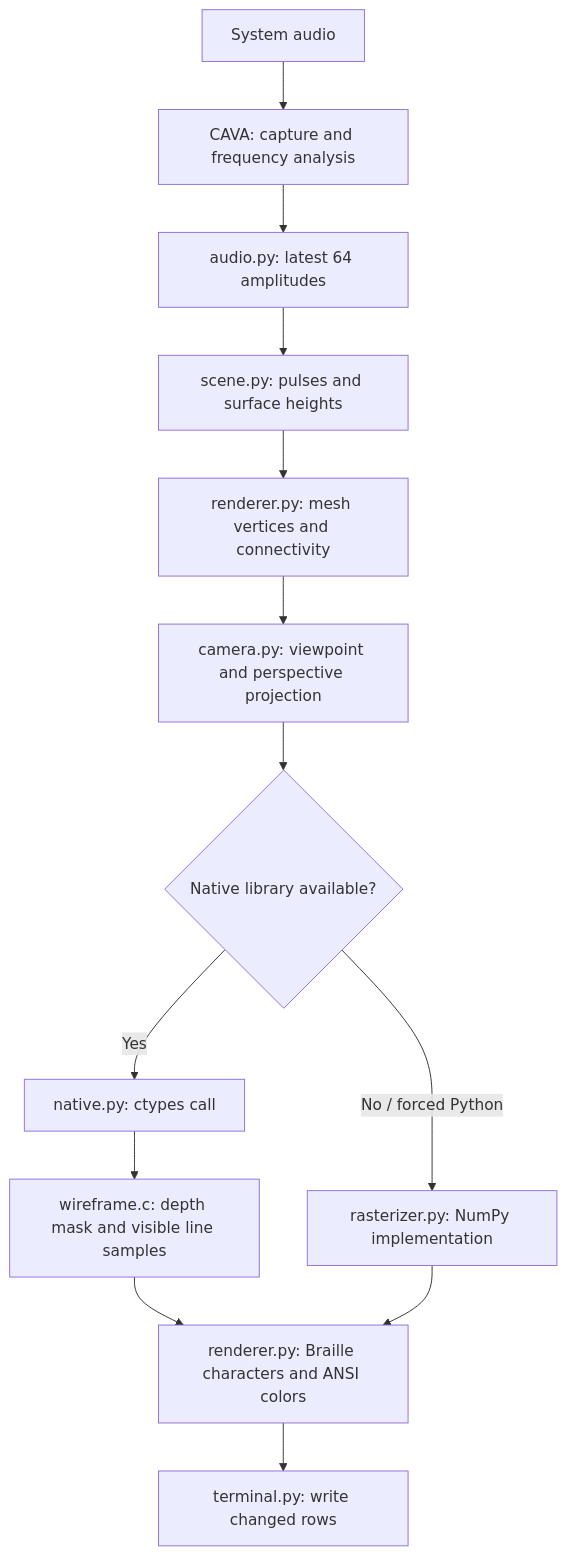
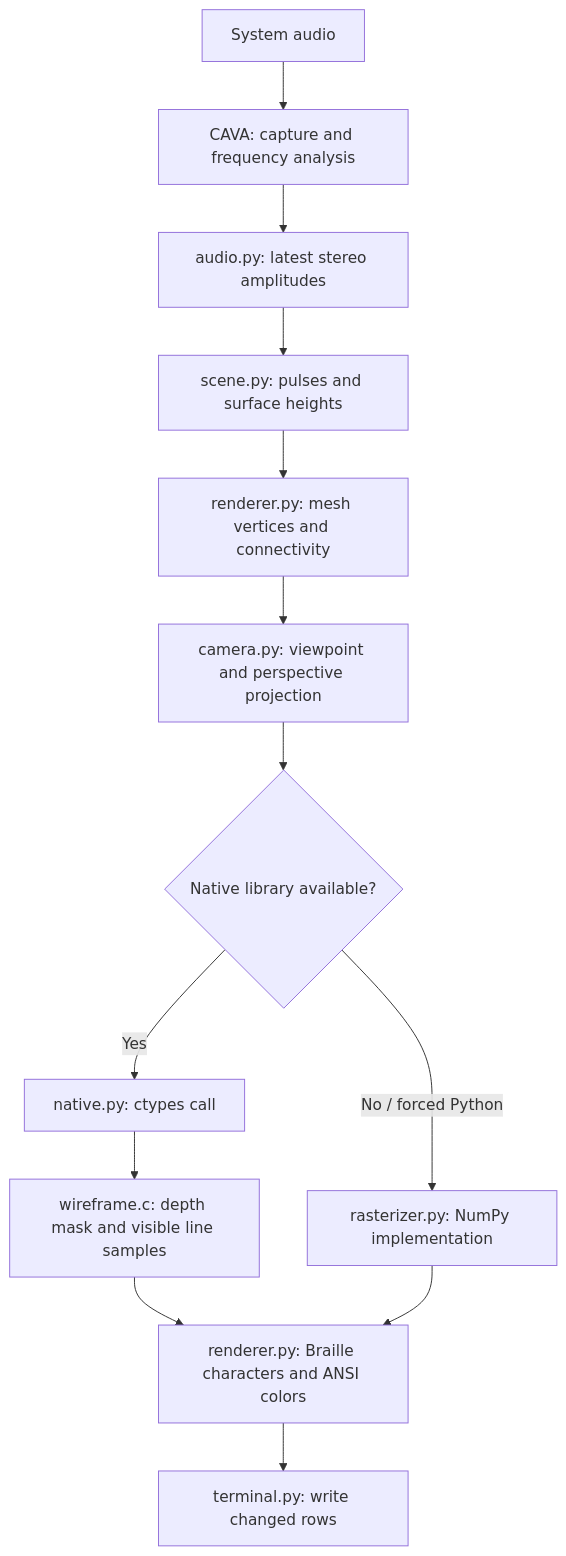
One commit to tjcanro/pulse-tui changed the diagram in docs/architecture.md. Above: the diagram before and after it, drawn with Mermaid. The commit also changed other lines of this file and 69 other files, not shown here.

````diff
--- a/docs/architecture.md
+++ b/docs/architecture.md
@@ -10,15 +10,15 @@
 ```mermaid
 flowchart TD
     Audio[System audio] --> CAVA[CAVA: capture and frequency analysis]
-    CAVA --> Reader[audio.py: latest 64 amplitudes]
+    CAVA --> Reader[audio.py: latest stereo amplitudes]
     Reader --> Scene[scene.py: pulses and surface heights]
     Scene --> Renderer[renderer.py: mesh vertices and connectivity]
     Renderer --> Camera[camera.py: viewpoint and perspective projection]
     Camera --> Choice{Native library available?}
     Choice -->|Yes| Bridge[native.py: ctypes call]
     Bridge --> C[wireframe.c: depth mask and visible line samples]
     Choice -->|No / forced Python| Portable[rasterizer.py: NumPy implementation]
     C --> Encode[renderer.py: Braille characters and ANSI colors]
     Portable --> Encode
     Encode --> Terminal[terminal.py: write changed rows]
 ```
````
